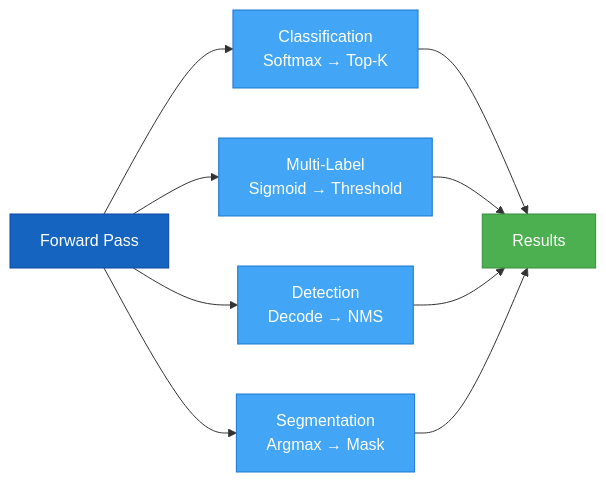
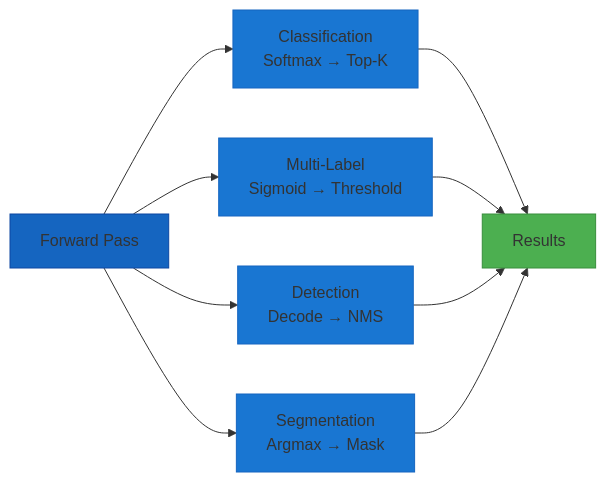
The second of 2 diagrams in docs/user-guide/inference/index.md (theja-vanka/AutoTimm), drawn with Mermaid before and after one commit. The commit also changed other lines of this file and 37 other files, not shown here.

````diff
--- a/docs/user-guide/inference/index.md
+++ b/docs/user-guide/inference/index.md
@@ -25,18 +25,18 @@
 ```mermaid
 graph LR
     A[Forward Pass] --> B1[Classification<br/>Softmax → Top-K]
     A --> B2[Multi-Label<br/>Sigmoid → Threshold]
     A --> B3[Detection<br/>Decode → NMS]
     A --> B4[Segmentation<br/>Argmax → Mask]
     B1 --> C[Results]
     B2 --> C
     B3 --> C
     B4 --> C
 
-    style A fill:#1565C0,stroke:#0D47A1,color:#fff
-    style B1 fill:#42A5F5,stroke:#1976D2,color:#fff
-    style B2 fill:#42A5F5,stroke:#1976D2,color:#fff
-    style B3 fill:#42A5F5,stroke:#1976D2,color:#fff
-    style B4 fill:#42A5F5,stroke:#1976D2,color:#fff
-    style C fill:#4CAF50,stroke:#388E3C,color:#fff
+    style A fill:#1565C0,stroke:#0D47A1
+    style B1 fill:#1976D2,stroke:#1565C0
+    style B2 fill:#1976D2,stroke:#1565C0
+    style B3 fill:#1976D2,stroke:#1565C0
+    style B4 fill:#1976D2,stroke:#1565C0
+    style C fill:#4CAF50,stroke:#388E3C
 ```
````
